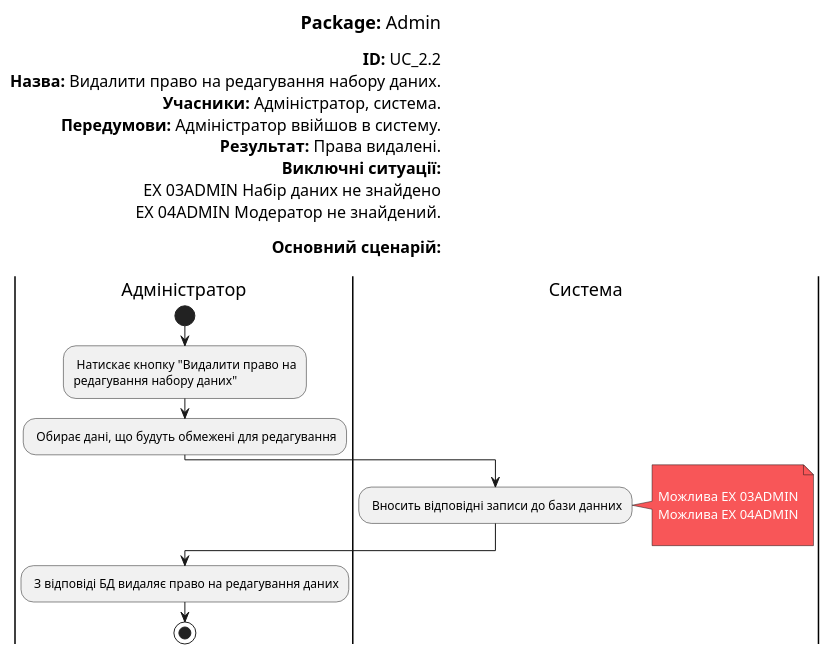
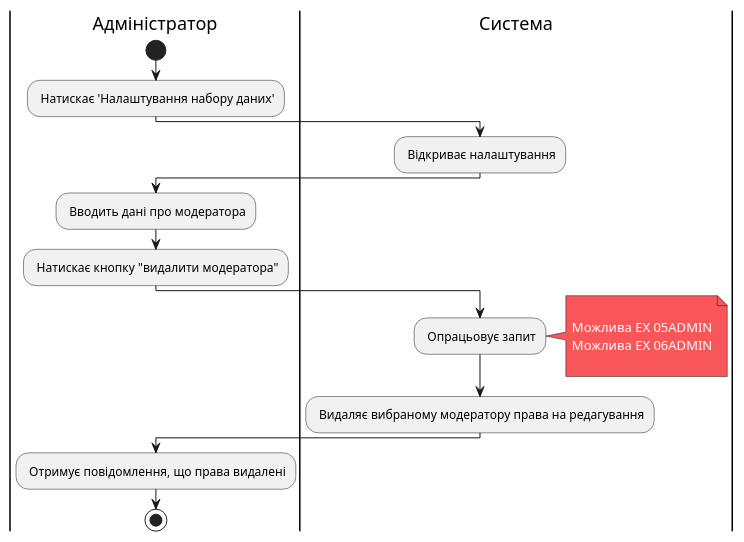
The diagram in src/uml/UC_2.2.puml (KarmazinN/db_open_data), drawn with PlantUML before and after one commit.

```diff
--- a/src/uml/UC_2.2.puml
+++ b/src/uml/UC_2.2.puml
@@ -1,48 +1,37 @@
 @startuml
 skinparam ArchimateBackgroundColor #ffffff
 skinparam	shadowing false
 skinparam Note {
 	BackgroundColor #f85658
 	FontColor #ffffff
 }
 
-left header
-<font color=000 size=18><b>Package:</b> Admin
+|Адміністратор|
+start
+: Натискає 'Налаштування набору даних';
 
-<font color=000 size=16><b>ID:</b> UC_2.2
-<font color=000 size=16><b>Назва:</b> Видалити право на редагування набору даних.
-<font color=000 size=16><b>Учасники:</b> Адміністратор, система.
-<font color=000 size=16><b>Передумови:</b> Адміністратор ввійшов в систему.
-<font color=000 size=16><b>Результат:</b> Права видалені.
-<font color=000 size=16><b>Виключні ситуації:</b>
-<font color=000 size=16> EX 03ADMIN Набір даних не знайдено 
-<font color=000 size=16> EX 04ADMIN Модератор не знайдений.
-
-<font color=000 size=16><b>Основний сценарій:</b>
-
-end header
+|Система|
+: Відкриває налаштування;
 
 |Адміністратор|
-start
-: Натискає кнопку "Видалити право на\nредагування набору даних";
-: Обирає дані, що будуть обмежені для редагування;
+: Вводить дані про модератора;
+: Натискає кнопку "видалити модератора";
 
 |Система|
-
-: Вносить відповідні записи до бази данних;
-
+: Опрацьовує запит;
 note right
 
-	Можлива EX 03ADMIN
-	Можлива EX 04ADMIN
+	Можлива EX 05ADMIN
+	Можлива EX 06ADMIN
 
 end note
+: Видаляє вибраному модератору права на редагування;
 
 |Адміністратор|
 
-: З відповіді БД видаляє право на редагування даних;
+: Отримує повідомлення, що права видалені;
 
 stop;
 
 
 @enduml
```
